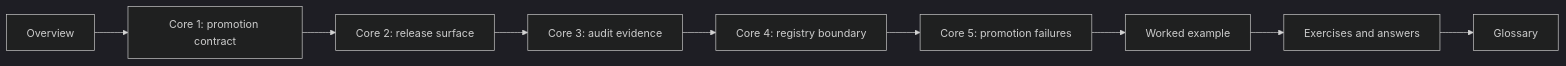
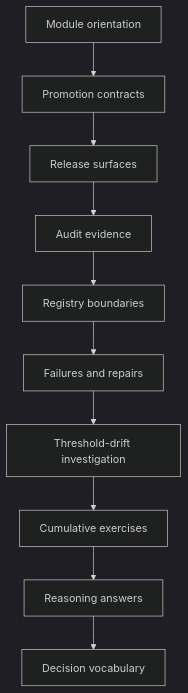
One commit to bijux/bijux-masterclass changed the third of 3 diagrams in programs/reproducible-research/deep-dive-dvc/course-book/module-09-promotion-registry-boundaries-auditability/index.md. Above: the diagram before and after it, drawn with Mermaid (dark theme). The commit also changed other lines of this file, not shown here.

Commit message:
docs(dvc): orient independent promotion study

````diff
--- a/programs/reproducible-research/deep-dive-dvc/course-book/module-09-promotion-registry-boundaries-auditability/index.md
+++ b/programs/reproducible-research/deep-dive-dvc/course-book/module-09-promotion-registry-boundaries-auditability/index.md
@@ -75,11 +157,12 @@
 ```mermaid
-flowchart LR
-  overview["Overview"] --> core1["Core 1: promotion contract"]
-  core1 --> core2["Core 2: release surface"]
-  core2 --> core3["Core 3: audit evidence"]
-  core3 --> core4["Core 4: registry boundary"]
-  core4 --> core5["Core 5: promotion failures"]
-  core5 --> example["Worked example"]
-  example --> practice["Exercises and answers"]
-  practice --> glossary["Glossary"]
+flowchart TD
+  home["Module orientation"] --> authority["Promotion contracts"]
+  authority --> surface["Release surfaces"]
+  surface --> evidence["Audit evidence"]
+  evidence --> registry["Registry boundaries"]
+  registry --> failures["Failures and repairs"]
+  failures --> worked["Threshold-drift investigation"]
+  worked --> exercises["Cumulative exercises"]
+  exercises --> answers["Reasoning answers"]
+  answers --> glossary["Decision vocabulary"]
 ```
````
